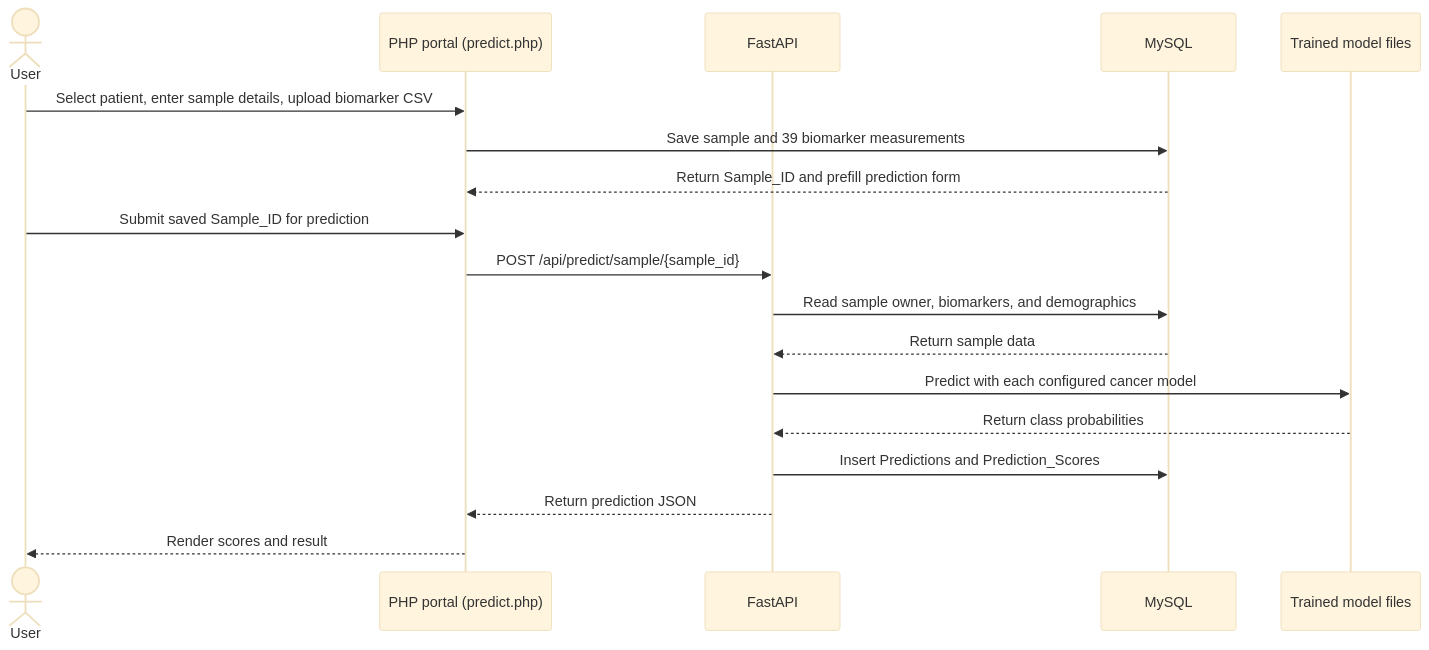
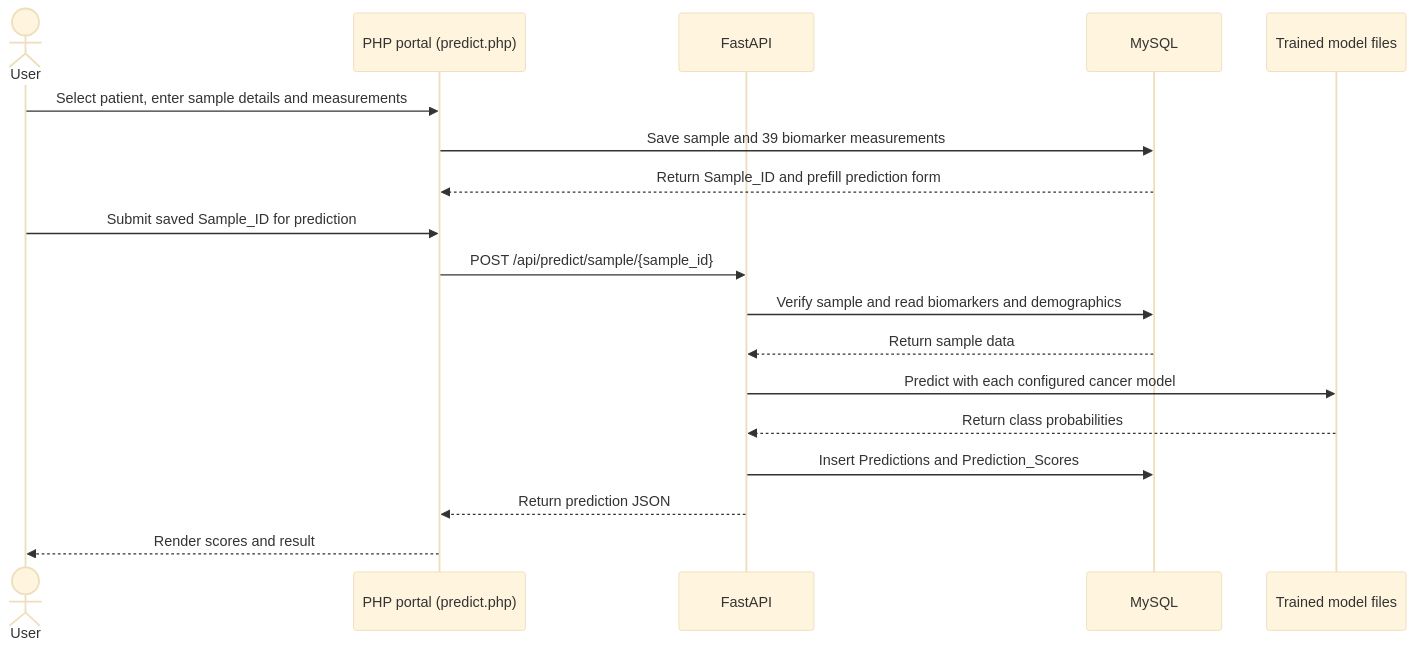
The diagram in docs/model_integration.md (152gabey/DECancerPortal), drawn with Mermaid (base theme) before and after one commit. The commit also changed other lines of this file and 3 other files, not shown here.

````diff
--- a/docs/model_integration.md
+++ b/docs/model_integration.md
@@ -9,21 +9,21 @@
 ```mermaid
 sequenceDiagram
     actor User
     participant PHP as PHP portal (predict.php)
     participant API as FastAPI
     participant DB as MySQL
     participant Models as Trained model files
 
-    User->>PHP: Select patient, enter sample details, upload biomarker CSV
+    User->>PHP: Select patient, enter sample details and measurements
     PHP->>DB: Save sample and 39 biomarker measurements
     DB-->>PHP: Return Sample_ID and prefill prediction form
     User->>PHP: Submit saved Sample_ID for prediction
     PHP->>API: POST /api/predict/sample/{sample_id}
-    API->>DB: Read sample owner, biomarkers, and demographics
+    API->>DB: Verify sample and read biomarkers and demographics
     DB-->>API: Return sample data
     API->>Models: Predict with each configured cancer model
     Models-->>API: Return class probabilities
     API->>DB: Insert Predictions and Prediction_Scores
     API-->>PHP: Return prediction JSON
     PHP-->>User: Render scores and result
 ```
````
